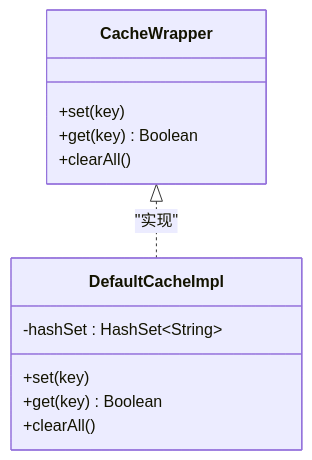
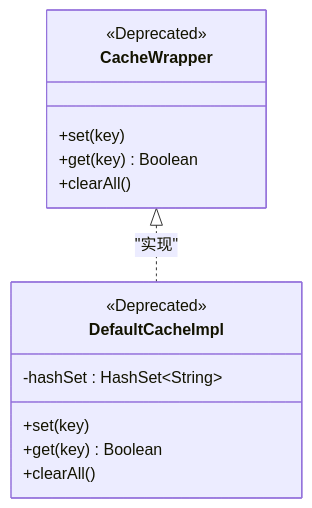
One commit to txzhanghuan/feature changed the third of 5 diagrams in .qoder/repowiki/zh/content/高级用法/缓存系统.md. Above: the diagram before and after it, drawn with Mermaid. The commit also changed other lines of this file and 7 other files, not shown here.

````diff
--- a/.qoder/repowiki/zh/content/高级用法/缓存系统.md
+++ b/.qoder/repowiki/zh/content/高级用法/缓存系统.md
@@ -122,15 +124,17 @@
 ```mermaid
 classDiagram
 class CacheWrapper {
+<<Deprecated>>
 +set(key)
 +get(key) Boolean
 +clearAll()
 }
 class DefaultCacheImpl {
+<<Deprecated>>
 -hashSet : HashSet~String~
 +set(key)
 +get(key) Boolean
 +clearAll()
 }
 CacheWrapper <|.. DefaultCacheImpl : "实现"
 ```
````
